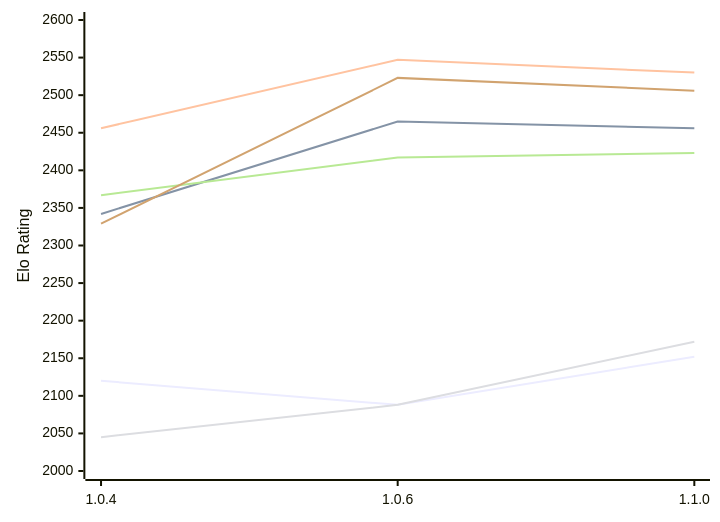
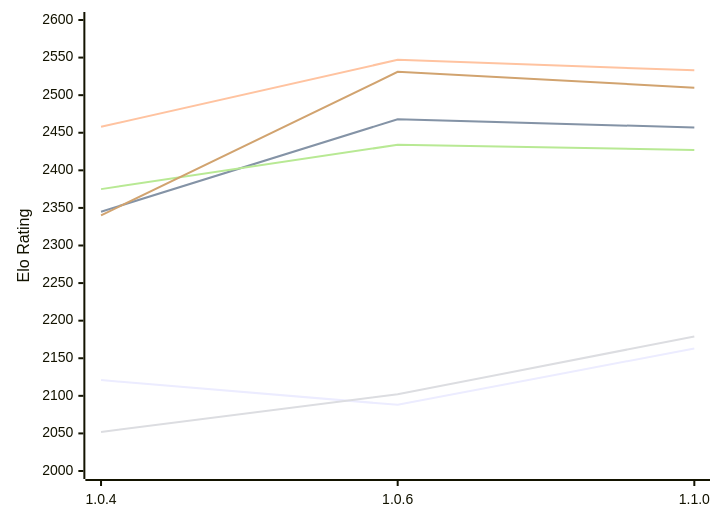
The diagram in engines/Ankax.md (computer-chess-index/cci), drawn with Mermaid before and after one commit. The commit also changed other lines of this file, not shown here.

Commit message:
Update CCI Ratings (ELO VLTC) - 2026-11-25

````diff
--- a/engines/Ankax.md
+++ b/engines/Ankax.md
@@ -51,12 +51,12 @@
 ```mermaid
 %%{init: {"theme":"base","themeVariables":{"seriesColors:['#a3a3a3','#222221','#faa371']}}}%%
 xychart-beta
   x-axis ["1.0.4", "1.0.6", "1.1.0"]
   y-axis "Elo Rating" 2000 --> 2600
-  line "E1: STC (8.0+0.08s)" [2120, 2088, 2152]
-  line "E1: LTC (60.0+0.60s)" [2342, 2465, 2456]
-  line "E1: VLTC (2m24s+1.12s)" [2456, 2547, 2530]
-  line "P1: STC (8.0+0.08s)" [2045, 2088, 2172]
-  line "P1: LTC (60.0+0.60s)" [2367, 2417, 2423]
-  line "P1: VLTC (2m24s+1.12s)" [2329, 2523, 2506]
+  line "E1: STC (8.0+0.08s)" [2121, 2088, 2163]
+  line "E1: LTC (60.0+0.60s)" [2345, 2468, 2457]
+  line "E1: VLTC (2m24s+1.12s)" [2458, 2547, 2533]
+  line "P1: STC (8.0+0.08s)" [2052, 2102, 2179]
+  line "P1: LTC (60.0+0.60s)" [2375, 2434, 2427]
+  line "P1: VLTC (2m24s+1.12s)" [2340, 2531, 2510]
 ```
````
